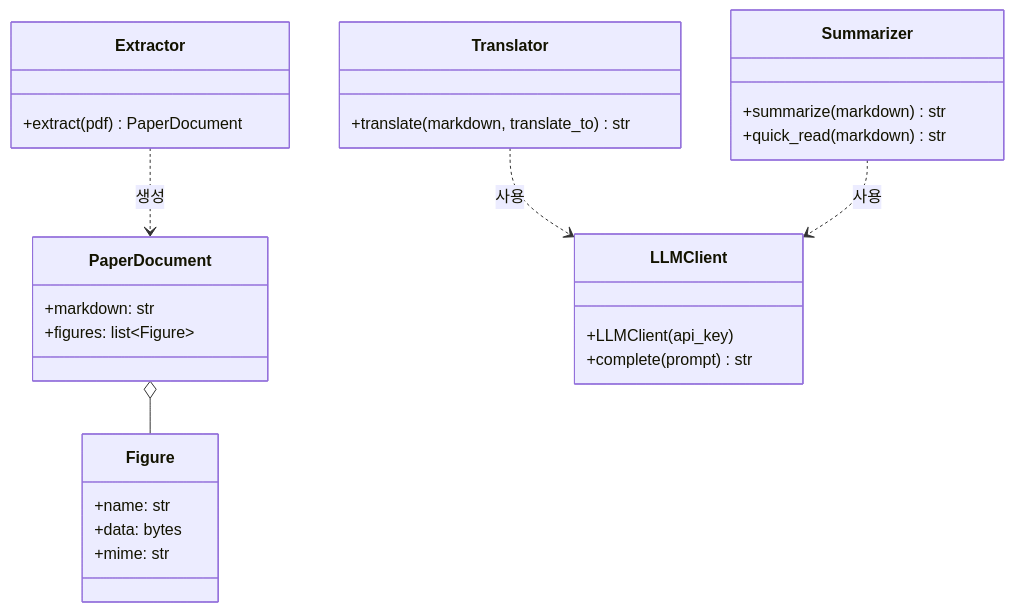
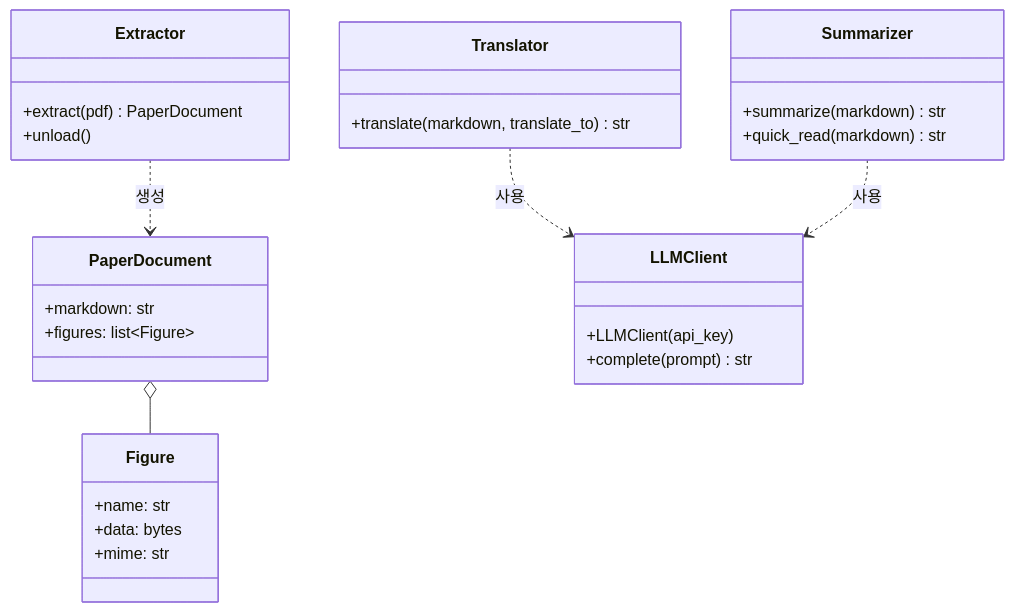
Before and after one commit to gatesplan/papercut: the second of 3 diagrams in Architecture.md, drawn with Mermaid. The commit also changed other lines of this file, not shown here.

Commit message:
설계: Extractor lazy 로드 + unload()로 VRAM/RAM 반납 수단 제공

````diff
--- a/Architecture.md
+++ b/Architecture.md
@@ -68,31 +69,32 @@
 ```mermaid
 classDiagram
     class PaperDocument {
         +markdown: str
         +figures: list~Figure~
     }
     class Figure {
         +name: str
         +data: bytes
         +mime: str
     }
     class Extractor {
         +extract(pdf) PaperDocument
+        +unload()
     }
     class LLMClient {
         +LLMClient(api_key)
         +complete(prompt) str
     }
     class Translator {
         +translate(markdown, translate_to) str
     }
     class Summarizer {
         +summarize(markdown) str
         +quick_read(markdown) str
     }
 
     PaperDocument o-- Figure
     Extractor ..> PaperDocument : 생성
     Translator ..> LLMClient : 사용
     Summarizer ..> LLMClient : 사용
 ```
````
